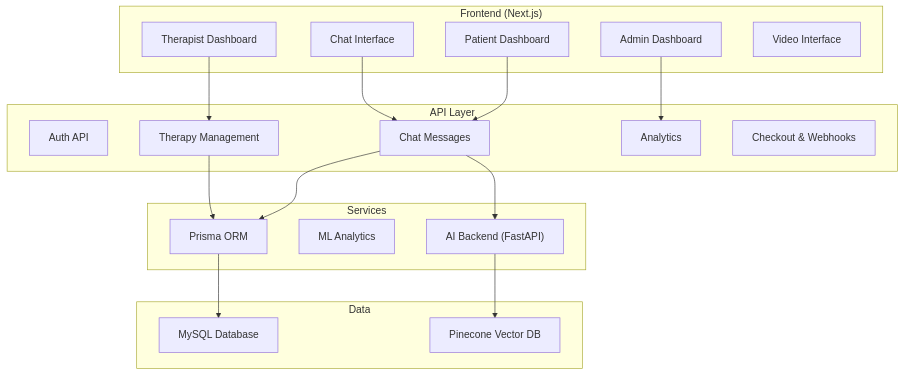
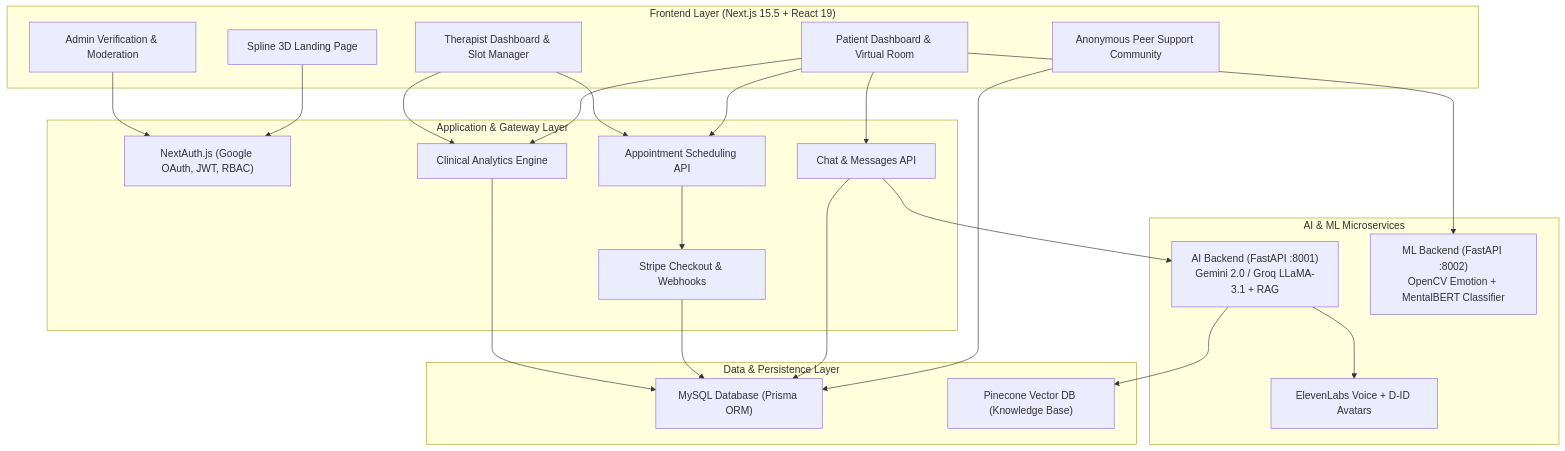
Before and after one commit to AnshulParkar/MindBridge-AI: the first of 2 diagrams in README.md, drawn with Mermaid. The commit also changed other lines of this file and 23 other files, not shown here.

Commit message:
fix(security): untrack .env and build files, update gitignore, add stripe routes and ml services

````diff
--- a/README.md
+++ b/README.md
@@ -51,39 +199,47 @@
 ```mermaid
 graph TB
-    subgraph "Frontend (Next.js)"
-        UI_Patient["Patient Dashboard"]
-        UI_Therapist["Therapist Dashboard"]
-        UI_Admin["Admin Dashboard"]
-        UI_Chat["Chat Interface"]
-        UI_Video["Video Interface"]
+    subgraph "Frontend Layer (Next.js 15.5 + React 19)"
+        UI_Land["Spline 3D Landing Page"]
+        UI_Patient["Patient Dashboard & Virtual Room"]
+        UI_Therapist["Therapist Dashboard & Slot Manager"]
+        UI_Admin["Admin Verification & Moderation"]
+        UI_Peer["Anonymous Peer Support Community"]
     end
-    
-    subgraph "API Layer"
-        API_Auth["Auth API"]
-        API_Chat["Chat Messages"]
-        API_Therapy["Therapy Management"]
-        API_Analytics["Analytics"]
-        API_Payments["Checkout & Webhooks"]
+
+    subgraph "Application & Gateway Layer"
+        NextAuth["NextAuth.js (Google OAuth, JWT, RBAC)"]
+        API_Chat["Chat & Messages API"]
+        API_Sched["Appointment Scheduling API"]
+        API_Analytics["Clinical Analytics Engine"]
+        API_Stripe["Stripe Checkout & Webhooks"]
     end
-    
-    subgraph "Services"
-        AIBackend["AI Backend (FastAPI)"]
-        MLBackend["ML Analytics"]
-        Prisma["Prisma ORM"]
+
+    subgraph "AI & ML Microservices"
+        AI_Backend["AI Backend (FastAPI :8001)<br/>Gemini 2.0 / Groq LLaMA-3.1 + RAG"]
+        ML_Backend["ML Backend (FastAPI :8002)<br/>OpenCV Emotion + MentalBERT Classifier"]
+        TTS_Avatar["ElevenLabs Voice + D-ID Avatars"]
     end
-    
-    subgraph "Data"
-        MySQL["MySQL Database"]
-        Pinecone["Pinecone Vector DB"]
+
+    subgraph "Data & Persistence Layer"
+        MySQL["MySQL Database (Prisma ORM)"]
+        Pinecone["Pinecone Vector DB (Knowledge Base)"]
     end
-    
+
+    UI_Land --> NextAuth
     UI_Patient --> API_Chat
-    UI_Therapist --> API_Therapy
-    UI_Admin --> API_Analytics
-    UI_Chat --> API_Chat
-    API_Chat --> AIBackend
-    API_Chat --> Prisma
-    API_Therapy --> Prisma
-    AIBackend --> Pinecone
-    Prisma --> MySQL
+    UI_Patient --> API_Sched
+    UI_Patient --> API_Analytics
+    UI_Therapist --> API_Sched
+    UI_Therapist --> API_Analytics
+    UI_Admin --> NextAuth
+    UI_Peer --> MySQL
+
+    API_Chat --> AI_Backend
+    UI_Patient --> ML_Backend
+    AI_Backend --> Pinecone
+    AI_Backend --> TTS_Avatar
+    API_Chat --> MySQL
+    API_Sched --> API_Stripe
+    API_Stripe --> MySQL
+    API_Analytics --> MySQL
 ```
````
